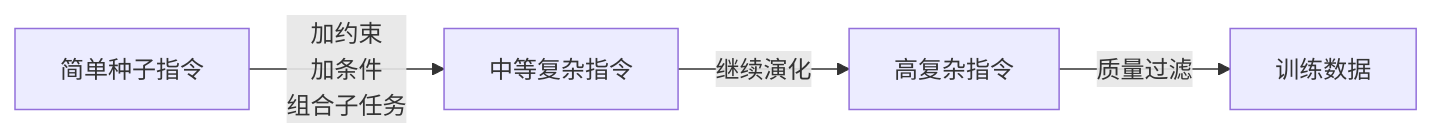
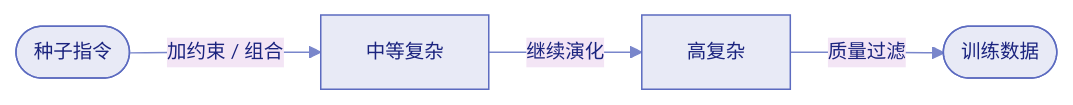
The first of 8 diagrams in docs/post-training/ch2/2.9-data-engineering.md (XavierZhang2002/agentic-rl-analysis), drawn with Mermaid before and after one commit. The commit also changed other lines of this file and 1 other file, not shown here.

First line of the commit message:
style: 优化 Mermaid 图表视觉效果

````diff
--- a/docs/post-training/ch2/2.9-data-engineering.md
+++ b/docs/post-training/ch2/2.9-data-engineering.md
@@ -43,6 +43,5 @@
 ```mermaid
+%%{init: {'theme': 'base', 'themeVariables': {'primaryColor': '#e8eaf6', 'primaryTextColor': '#1a237e', 'primaryBorderColor': '#5c6bc0', 'lineColor': '#7986cb', 'secondaryColor': '#f3e5f5', 'tertiaryColor': '#e0f2f1', 'fontFamily': 'Noto Sans SC, sans-serif', 'fontSize': '13px'}}}%%
 flowchart LR
-    S["简单种子指令"] -->|"加约束\n加条件\n组合子任务"| E1["中等复杂指令"]
-    E1 -->|"继续演化"| E2["高复杂指令"]
-    E2 -->|"质量过滤"| D["训练数据"]
+    S(["种子指令"]) -->|"加约束 / 组合"| E1["中等复杂"] -->|"继续演化"| E2["高复杂"] -->|"质量过滤"| D([训练数据])
 ```
````
